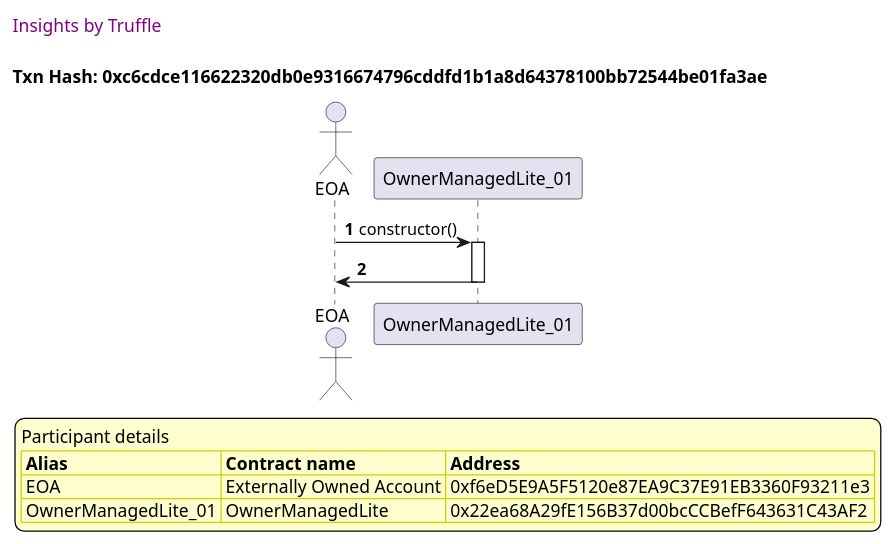
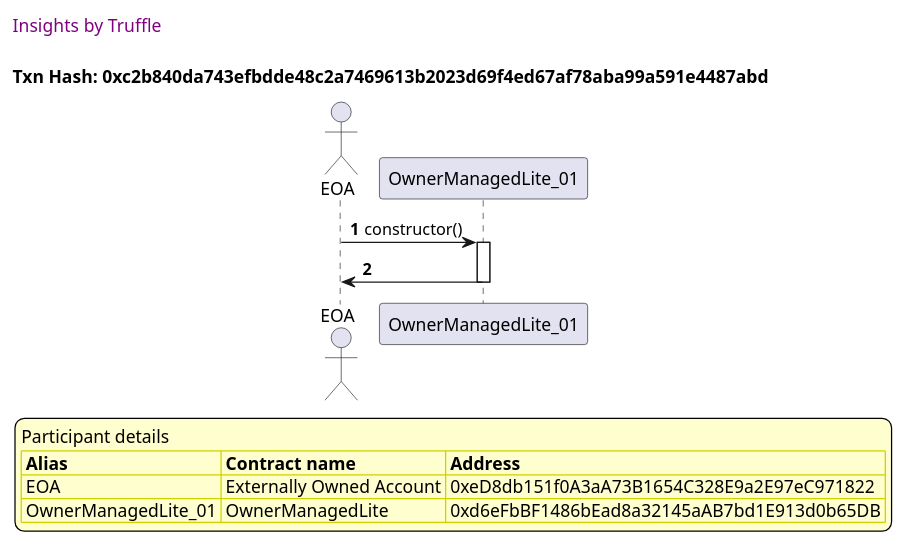
One commit to thedarkjester/ConsensysAssignment changed the tenth of 15 diagrams in truffle-seq/OwnerManagedLite_test_agree_to_state_change.md. Above: the diagram before and after it, drawn with PlantUML. The commit also changed other lines of this file and 13 other files, not shown here.

````diff
--- a/truffle-seq/OwnerManagedLite_test_agree_to_state_change.md
+++ b/truffle-seq/OwnerManagedLite_test_agree_to_state_change.md
@@ -436,37 +436,37 @@
 ```plantuml
 
 
 @startuml
 
 autonumber
 skinparam legendBackgroundColor #FEFECE
 
 <style>
       header {
         HorizontalAlignment left
         FontColor purple
         FontSize 14
         Padding 10
       }
     </style>
 
 header Insights by Truffle
 
-title Txn Hash: 0xc6cdce116622320db0e9316674796cddfd1b1a8d64378100bb72544be01fa3ae
+title Txn Hash: 0xc2b840da743efbdde48c2a7469613b2023d69f4ed67af78aba99a591e4487abd
 
 
 actor EOA as "EOA"
 participant OwnerManagedLite_01 as "OwnerManagedLite_01"
 
 "EOA" -> "OwnerManagedLite_01" ++: constructor()
 "OwnerManagedLite_01" -> "EOA" --: 
 
 legend
 Participant details
 <#FEFECE,#D0D000>|= Alias |= Contract name |= Address |
-<#FEFECE>| EOA | Externally Owned Account | 0xf6eD5E9A5F5120e87EA9C37E91EB3360F93211e3 |
-<#FEFECE>| OwnerManagedLite_01 | OwnerManagedLite | 0x22ea68A29fE156B37d00bcCCBefF643631C43AF2 |
+<#FEFECE>| EOA | Externally Owned Account | 0xeD8db151f0A3aA73B1654C328E9a2E97eC971822 |
+<#FEFECE>| OwnerManagedLite_01 | OwnerManagedLite | 0xd6eFbBF1486bEad8a32145aAB7bd1E913d0b65DB |
 endlegend
 
 @enduml
 ```
````
